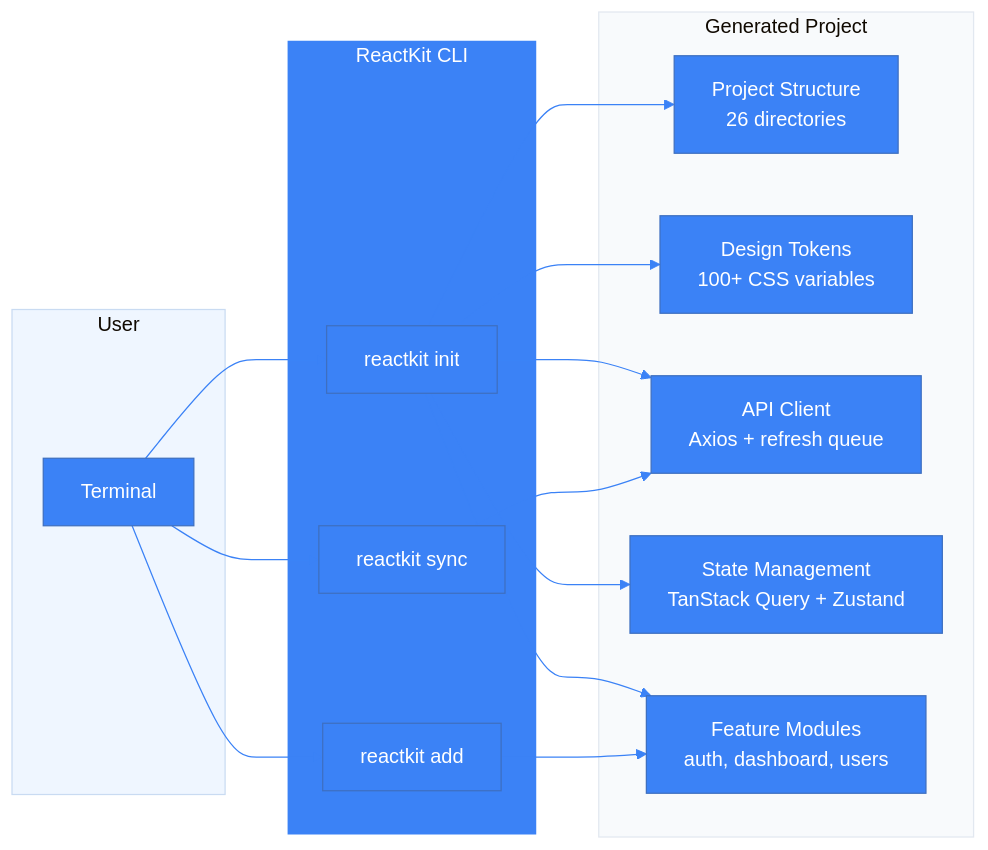
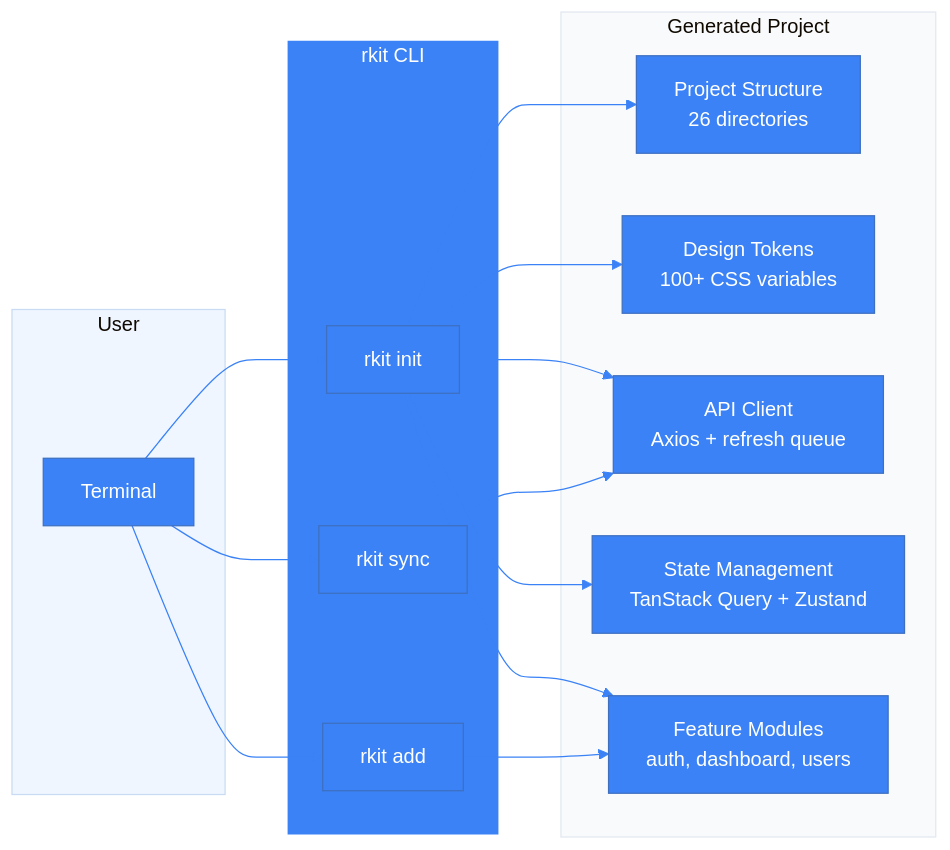
The first of 6 diagrams in README.md (Saksham21s/scaffkit), drawn with Mermaid before and after one commit. The commit also changed other lines of this file and 34 other files, not shown here.

````diff
--- a/README.md
+++ b/README.md
@@ -34,35 +34,35 @@
 ```mermaid
 %%{init: {'theme': 'base', 'themeVariables': { 'primaryColor': '#3b82f6', 'primaryTextColor': '#ffffff', 'lineColor': '#3b82f6', 'tertiaryColor': '#eff6ff'}}}%%
 graph LR
     subgraph User["User"]
         A[Terminal]
     end
     
-    subgraph CLI["ReactKit CLI"]
-        B["reactkit init"]
-        C["reactkit add"]
-        D["reactkit sync"]
+    subgraph CLI["rkit CLI"]
+        B["rkit init"]
+        C["rkit add"]
+        D["rkit sync"]
     end
     
     subgraph Output["Generated Project"]
         E["Project Structure<br/>26 directories"]
         F["Design Tokens<br/>100+ CSS variables"]
         G["API Client<br/>Axios + refresh queue"]
         H["State Management<br/>TanStack Query + Zustand"]
         I["Feature Modules<br/>auth, dashboard, users"]
     end
     
     A --> B
     A --> C
     A --> D
     B --> E
     B --> F
     B --> G
     B --> H
     B --> I
     C --> I
     D --> G
     
     style CLI fill:#3b82f6,color:#ffffff,stroke:none
     style Output fill:#f8fafc,stroke:#e2e8f0
 ```
````
